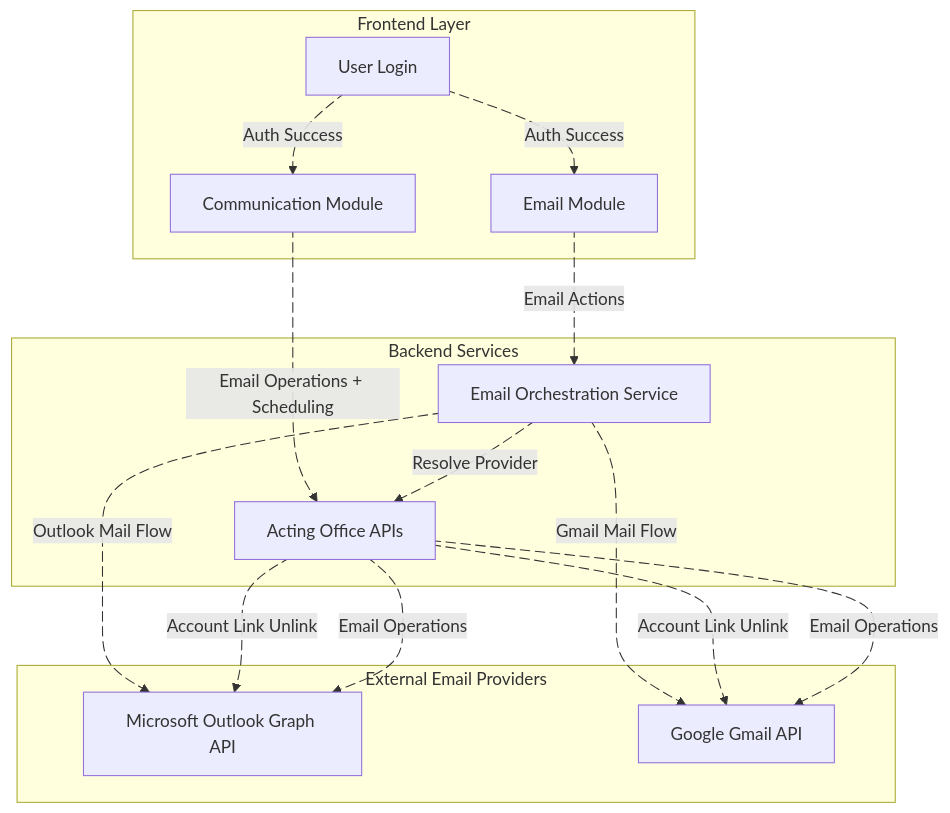
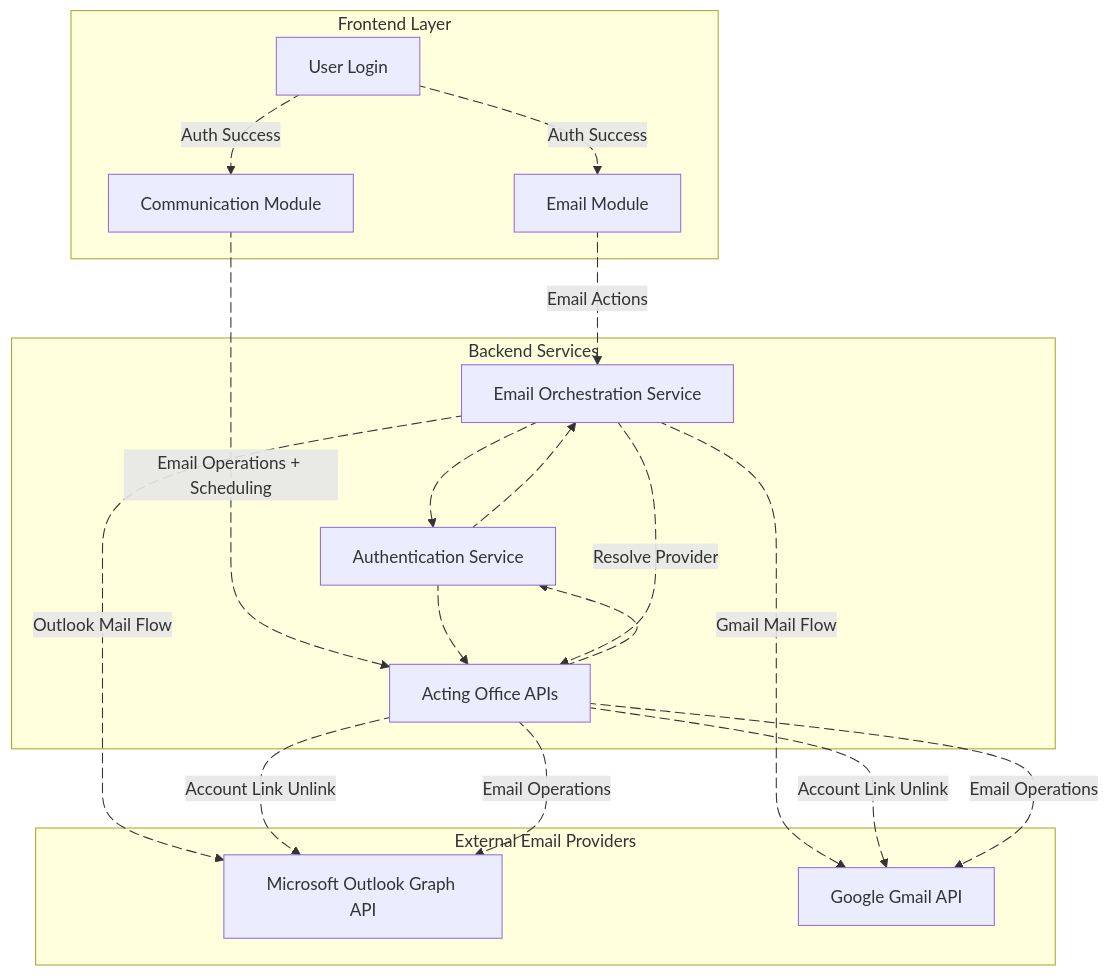
The first of 12 diagrams in overAll.md (Harshita-capsitech/EmailDocs), drawn with Mermaid before and after one commit. The commit also changed other lines of this file, not shown here.

````diff
--- a/overAll.md
+++ b/overAll.md
@@ -55,46 +54,68 @@
 ```mermaid
 graph TB
+
+    %% ───────── Frontend ─────────
     subgraph "Frontend Layer"
         A[User Login]
         B[Email Module]
         C[Communication Module]
     end
 
+    %% ───────── Backend ─────────
     subgraph "Backend Services"
         D[Acting Office APIs]
         E[Email Orchestration Service]
+        AS[Authentication Service]
     end
 
+    %% ───────── External Providers ─────────
     subgraph "External Email Providers"
         F[Microsoft Outlook Graph API]
         G[Google Gmail API]
     end
 
+    %% Frontend auth success
     A edge1@-->|Auth Success| B
     A edge2@-->|Auth Success| C
 
+    %% Module interactions
     B edge3@-->|Email Actions| E
     C edge4@-->|Email Operations + Scheduling| D
 
-    E edge5@-->|Resolve Provider| D
-    E edge6@-->|Outlook Mail Flow| F
-    E edge7@-->|Gmail Mail Flow| G
+    %% 🔐 Authentication (consistent pattern)
+    E edge5@--> AS
+    AS edge6@--> E
 
-    D edge8@-->|Account Link Unlink| F
-    D edge9@-->|Account Link Unlink| G
-    D edge10@-->|Email Operations| F
-    D edge11@-->|Email Operations| G
+    D edge7@--> AS
+    AS edge8@--> D
 
+    %% Provider resolution
+    E edge9@-->|Resolve Provider| D
+    E edge10@-->|Outlook Mail Flow| F
+    E edge11@-->|Gmail Mail Flow| G
+
+    %% API operations
+    D edge12@-->|Account Link Unlink| F
+    D edge13@-->|Account Link Unlink| G
+    D edge14@-->|Email Operations| F
+    D edge15@-->|Email Operations| G
+
+    %% Animations
     edge1@{ animate: fast }
-    edge2@{ animate: fast }
+    edge2@{ animate: fast }            
     edge3@{ animate: fast }
     edge4@{ animate: fast }
     edge5@{ animate: fast }
     edge6@{ animate: fast }
     edge7@{ animate: fast }
     edge8@{ animate: fast }
     edge9@{ animate: fast }
     edge10@{ animate: fast }
     edge11@{ animate: fast }
+    edge12@{ animate: fast }
+    edge13@{ animate: fast }
+    edge14@{ animate: fast }
+    edge15@{ animate: fast }
+
 
 ```
````
